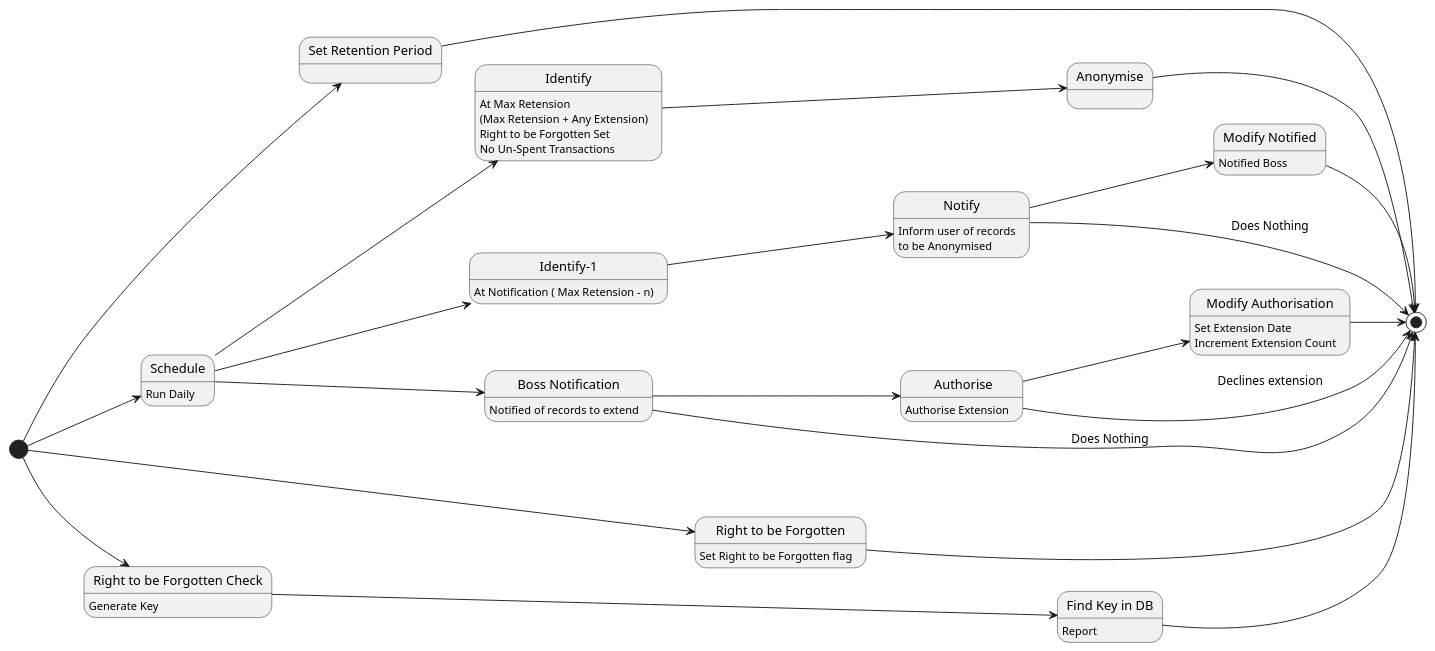
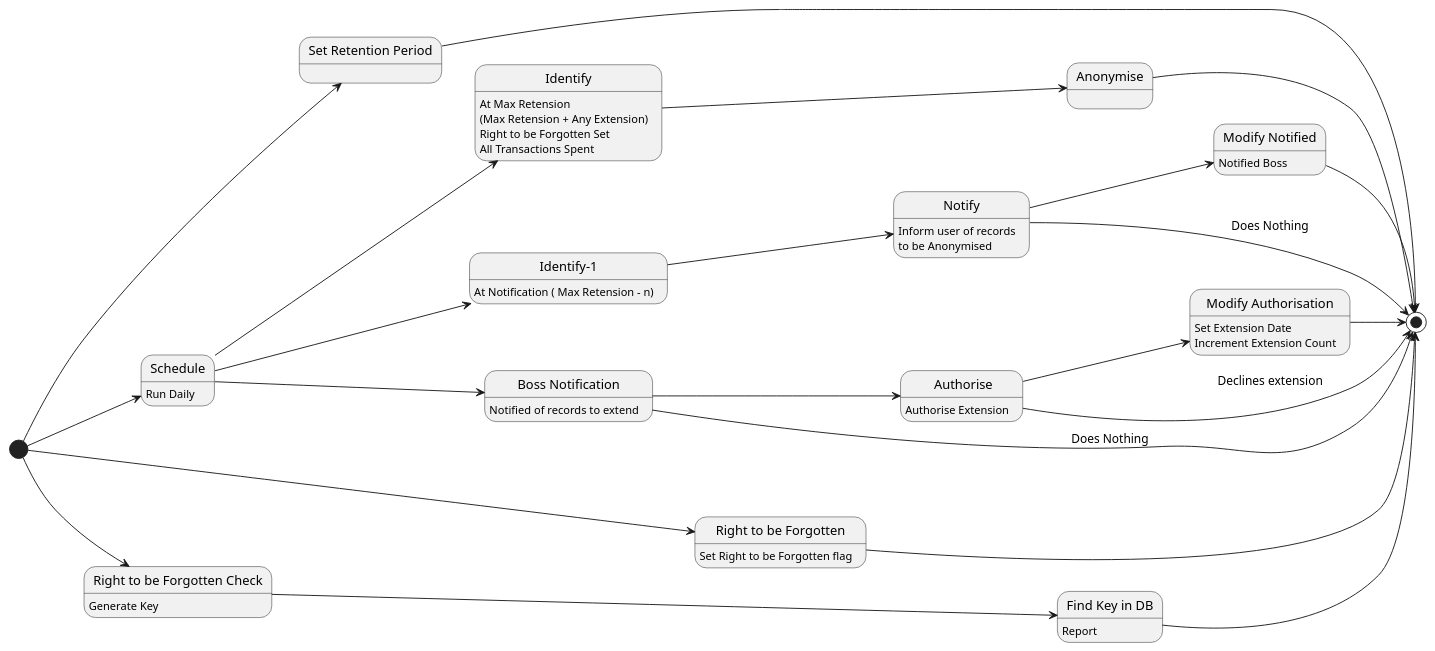
The diagram in assets/State-GDPR.puml (Kf-GaryNewport/Kf-GaryNewport.github.io), drawn with PlantUML before and after one commit.

```diff
--- a/assets/State-GDPR.puml
+++ b/assets/State-GDPR.puml
@@ -1,71 +1,71 @@
 @startuml GDPR
 
 left to right direction
 
 state "Set Retention Period" as state1
 state "Schedule" as sched
 sched : Run Daily
 
 state "Identify" as ident
 ident : At Max Retension\n(Max Retension + Any Extension)
 ident : Right to be Forgotten Set
-ident : No Un-Spent Transactions
+ident : All Transactions Spent
 
 state "Identify-1" as identm
 identm : At Notification ( Max Retension - n)
 
 state "Anonymise" as anon
 
 state "Notify" as note
 note : Inform user of records\nto be Anonymised
 
 state "Modify Notified" as modNote
 modNote : Notified Boss
 
 state "Modify Authorisation" as modAuth
 modAuth : Set Extension Date
 modAuth : Increment Extension Count
 
 state " Authorise" as auth
 auth : Authorise Extension
 
 state "Boss Notification" as boss
 boss : Notified of records to extend
 
 state "Right to be Forgotten" as rtbf
 rtbf : Set Right to be Forgotten flag
 
 state "Right to be Forgotten Check" as rtbfc
 rtbfc : Generate Key
 state "Find Key in DB" as dbfind
 dbfind : Report 
 
 [*] --> rtbf
 rtbf --> [*]
 
 [*] --> rtbfc
 rtbfc --> dbfind
 dbfind --> [*]
 
 [*] --> state1
 state1 --> [*] 
 
 [*] --> sched
 sched --> ident
 ident --> anon
 anon --> [*]
 
 sched --> identm
 identm --> note
 note --> modNote
 modNote --> [*] 
 note --> [*] : Does Nothing
 
 sched --> boss
 boss --> auth
 boss --> [*] : Does Nothing
 auth --> modAuth
 auth --> [*] : Declines extension
 modAuth --> [*]
 
 @enduml
```
